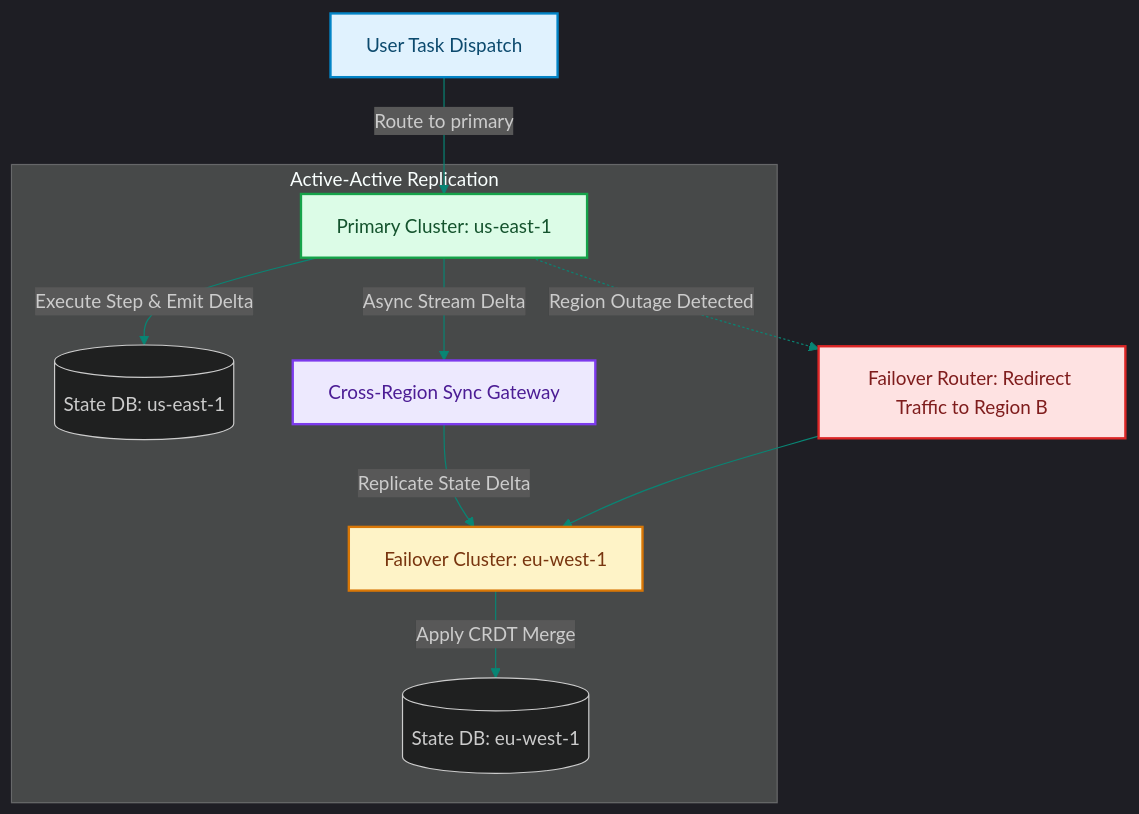
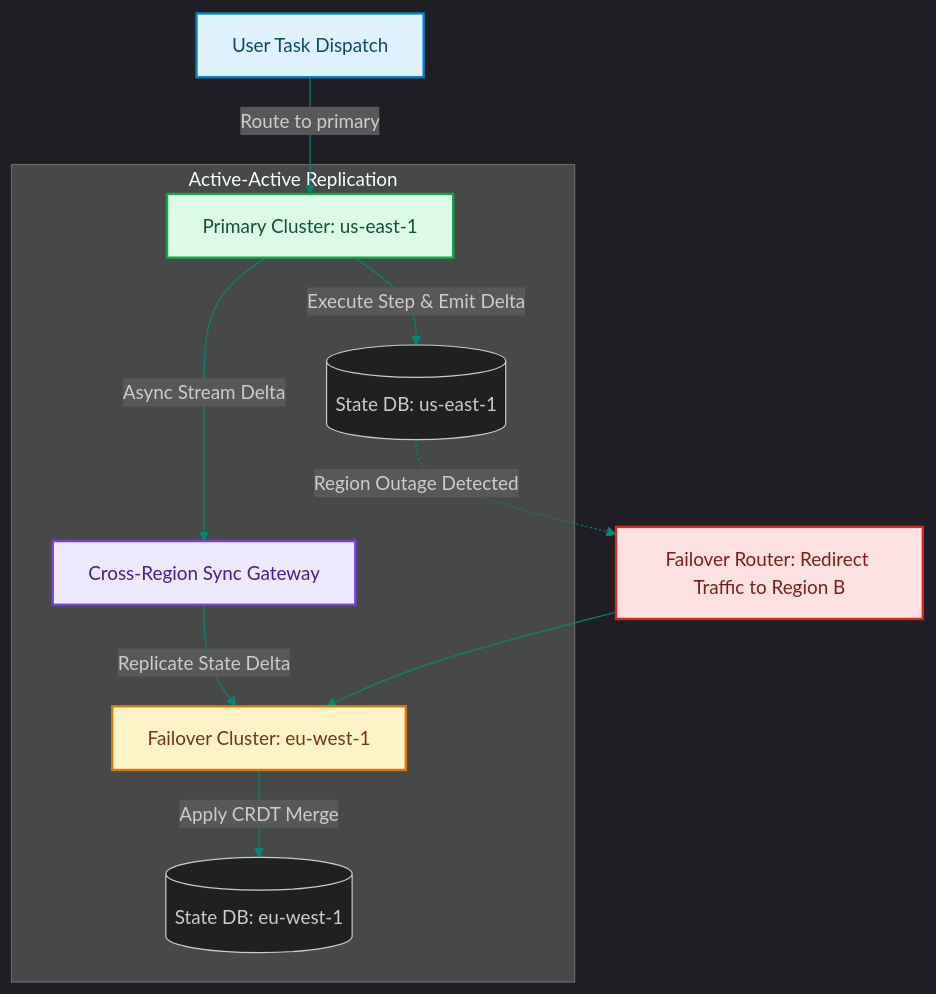
The diagram in blog/posts/system-design-multi-region-agent-clusters-active-replication.md (akmalkhaniub/akmalkhaniub.github.io), drawn with Mermaid before and after one commit. The commit also changed other lines of this file and 894 other files, not shown here.

Commit message:
feat(blog): upgrade all 444 posts with unique staggered dates, 2-col Mermaid spines, benchmark tables, code blocks, and trade-offs

````diff
--- a/blog/posts/system-design-multi-region-agent-clusters-active-replication.md
+++ b/blog/posts/system-design-multi-region-agent-clusters-active-replication.md
@@ -16,26 +16,26 @@
 ```mermaid
 %%{init: {'theme': 'dark', 'themeVariables': { 'primaryColor': '#088574', 'primaryTextColor': '#f3f4f6', 'primaryBorderColor': '#0db49b', 'lineColor': '#088574', 'secondaryColor': '#111827', 'tertiaryColor': '#0b0f19'}}}%%
 flowchart TD
     User["User Task Dispatch"] -->|Route to primary| RegionA["Primary Cluster: us-east-1"]
     
     subgraph SG1_ActiveActiveReplication ["Active-Active Replication"]
         RegionA -->|Execute Step & Emit Delta| LocalDB_A[(State DB: us-east-1)]
         RegionA -->|Async Stream Delta| SyncQueue["Cross-Region Sync Gateway"]
         SyncQueue -->|Replicate State Delta| RegionB["Failover Cluster: eu-west-1"]
         RegionB -->|Apply CRDT Merge| LocalDB_B[(State DB: eu-west-1)]
     end
     
-    RegionA -.->|Region Outage Detected| Failover["Failover Router: Redirect Traffic to Region B"]
+    LocalDB_A -.-> |Region Outage Detected| Failover["Failover Router: Redirect Traffic to Region B"]
     Failover --> RegionB
 
 classDef green fill:#dcfce7,stroke:#16a34a,stroke-width:2px,color:#14532d;
 classDef red fill:#fee2e2,stroke:#dc2626,stroke-width:2px,color:#7f1d1d;
 classDef blue fill:#e0f2fe,stroke:#0284c7,stroke-width:2px,color:#0c4a6e;
 classDef yellow fill:#fef3c7,stroke:#d97706,stroke-width:2px,color:#78350f;
 classDef purple fill:#ede9fe,stroke:#7c3aed,stroke-width:2px,color:#4c1d95;
 class User blue
 class RegionA green
 class SyncQueue purple
 class RegionB yellow
 class Failover red
 ```
````
